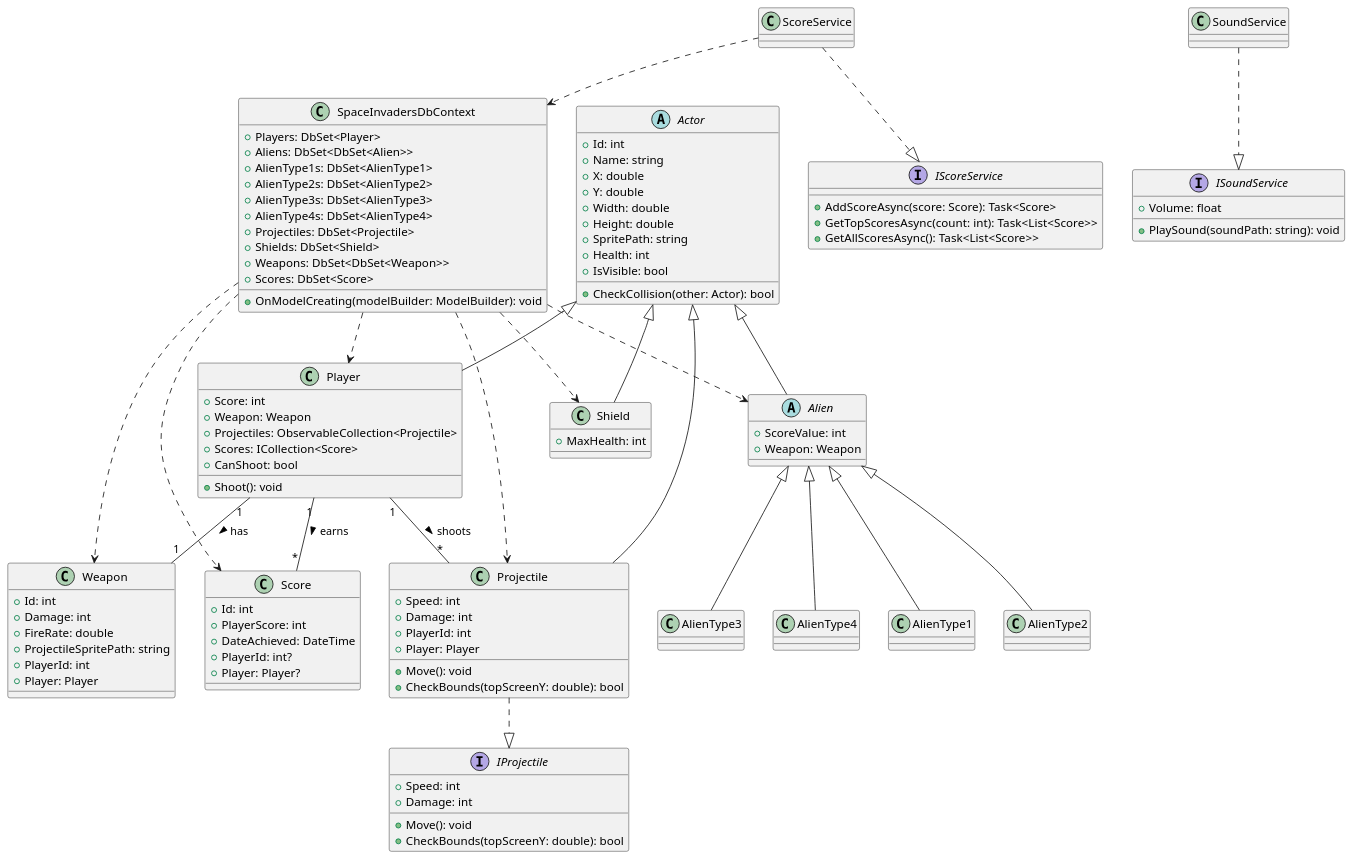
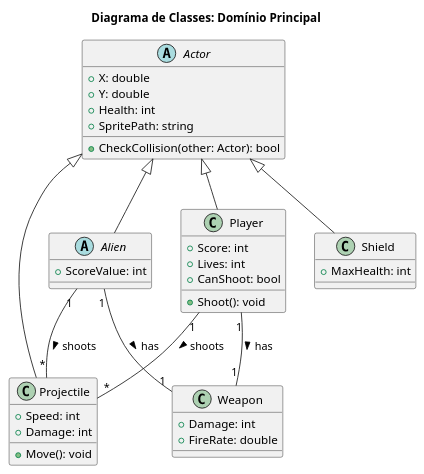
The second of 9 diagrams in Writerside/topics/UML.md (Opaleiros-Foundation/space-invaders-punk), drawn with PlantUML before and after one commit. The commit also changed other lines of this file and 2 other files, not shown here.

Commit message:
docs: Update documentation for patterns, UML, and data model
- Updates the Design Patterns document to include the Strategy pattern and details about the WaveFactory.
- Updates the UML document to reflect the new architecture, splitting the main class diagram into three more focused diagrams for better readability.
- Includes updates to the Data Model documentation.

````diff
--- a/Writerside/topics/UML.md
+++ b/Writerside/topics/UML.md
@@ -72,99 +82,40 @@
 ```plantuml
 @startuml
 skinparam classAttributeIconStyle hidden
+title Diagrama de Classes: Domínio Principal
 
 abstract class Actor {
-    + Id: int
-    + Name: string
     + X: double
     + Y: double
-    + Width: double
-    + Height: double
+    + Health: int
     + SpritePath: string
-    + Health: int
-    + IsVisible: bool
     + CheckCollision(other: Actor): bool
 }
 
 class Player {
     + Score: int
-    + Weapon: Weapon
-    + Projectiles: ObservableCollection<Projectile>
-    + Scores: ICollection<Score>
+    + Lives: int
     + CanShoot: bool
     + Shoot(): void
 }
 
 abstract class Alien {
     + ScoreValue: int
-    + Weapon: Weapon
 }
-
-class AlienType1
-class AlienType2
-class AlienType3
-class AlienType4
 
 class Projectile {
     + Speed: int
     + Damage: int
-    + PlayerId: int
-    + Player: Player
     + Move(): void
-    + CheckBounds(topScreenY: double): bool
-}
-
-class Weapon {
-    + Id: int
-    + Damage: int
-    + FireRate: double
-    + ProjectileSpritePath: string
-    + PlayerId: int
-    + Player: Player
-}
-
-class Score {
-    + Id: int
-    + PlayerScore: int
-    + DateAchieved: DateTime
-    + PlayerId: int?
-    + Player: Player?
 }
 
 class Shield {
     + MaxHealth: int
 }
 
-class SpaceInvadersDbContext {
-    + Players: DbSet<Player>
-    + Aliens: DbSet<DbSet<Alien>>
-    + AlienType1s: DbSet<AlienType1>
-    + AlienType2s: DbSet<AlienType2>
-    + AlienType3s: DbSet<AlienType3>
-    + AlienType4s: DbSet<AlienType4>
-    + Projectiles: DbSet<Projectile>
-    + Shields: DbSet<Shield>
-    + Weapons: DbSet<DbSet<Weapon>>
-    + Scores: DbSet<Score>
-    + OnModelCreating(modelBuilder: ModelBuilder): void
-}
-
-interface IProjectile {
-  + Speed: int
-  + Damage: int
-  + Move(): void
-  + CheckBounds(topScreenY: double): bool
-}
-
-interface ISoundService {
-  + Volume: float
-  + PlaySound(soundPath: string): void
-}
-
-interface IScoreService {
-  + AddScoreAsync(score: Score): Task<Score>
-  + GetTopScoresAsync(count: int): Task<List<Score>>
-  + GetAllScoresAsync(): Task<List<Score>>
+class Weapon {
+    + Damage: int
+    + FireRate: double
 }
 
 Actor <|-- Player
@@ -172,28 +123,9 @@
 Actor <|-- Projectile
 Actor <|-- Shield
 
-Projectile ..|> IProjectile
-
-Alien <|-- AlienType1
-Alien <|-- AlienType2
-Alien <|-- AlienType3
-Alien <|-- AlienType4
-
 Player "1" -- "1" Weapon : has >
 Player "1" -- "*" Projectile : shoots >
-Player "1" -- "*" Score : earns >
-
-SpaceInvadersDbContext ..> Player
-SpaceInvadersDbContext ..> Alien
-SpaceInvadersDbContext ..> Projectile
-SpaceInvadersDbContext ..> Shield
-SpaceInvadersDbContext ..> Weapon
-SpaceInvadersDbContext ..> Score
-
-ScoreService ..|> IScoreService
-ScoreService ..> SpaceInvadersDbContext
-
-SoundService ..|> ISoundService
-
+Alien "1" -- "1" Weapon : has >
+Alien "1" -- "*" Projectile : shoots >
 @enduml
 ```
````
